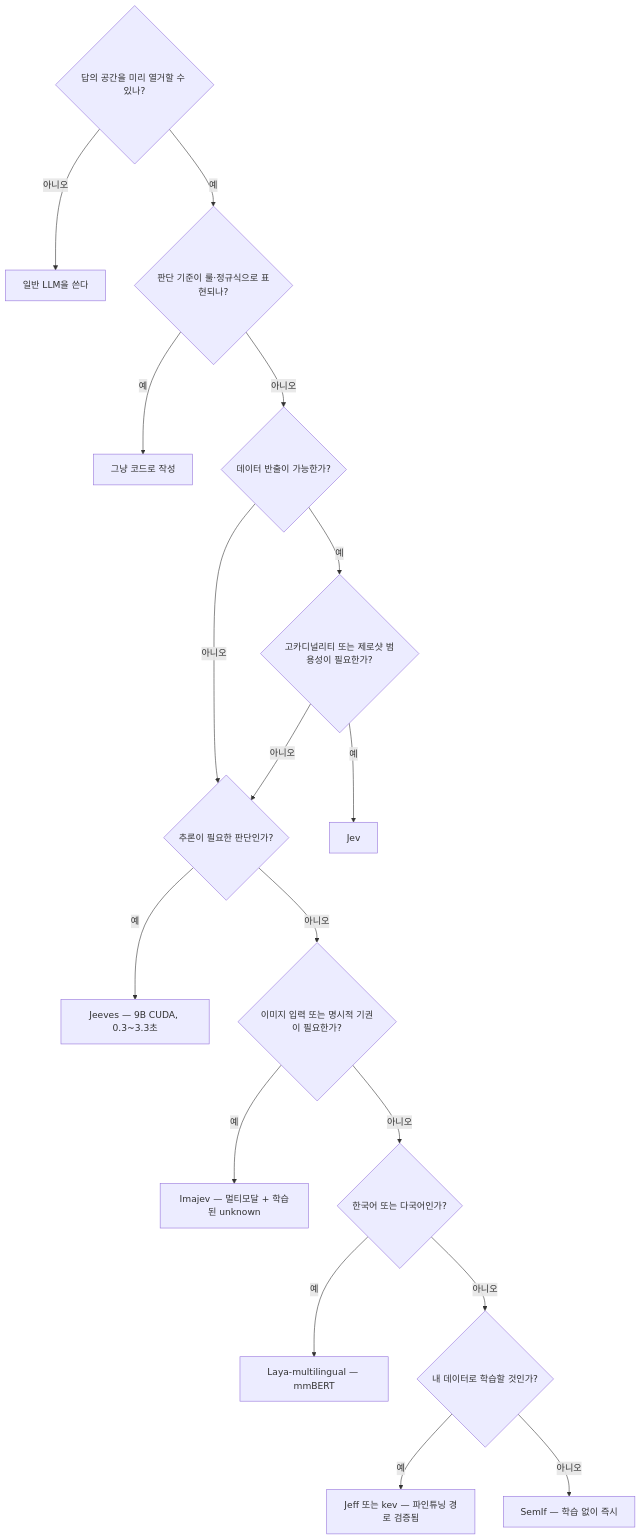
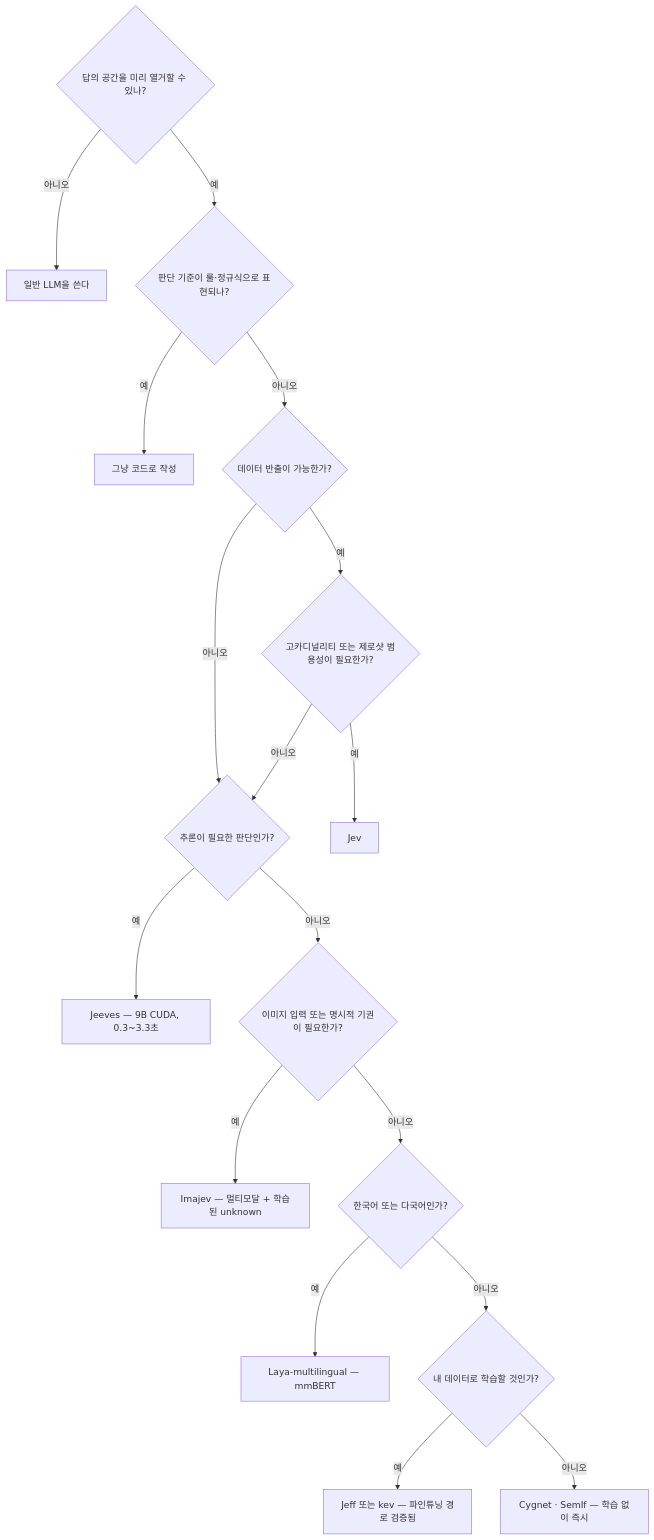
The third of 3 diagrams in ai-infrastructure/system-one-models/README.md (sangyun628/research), drawn with Mermaid before and after one commit. The commit also changed other lines of this file and 6 other files, not shown here.

````diff
--- a/ai-infrastructure/system-one-models/README.md
+++ b/ai-infrastructure/system-one-models/README.md
@@ -210,20 +189,20 @@
 ```mermaid
 flowchart TD
   Q0{"답의 공간을 미리 열거할 수 있나?"}
   Q0 -->|"아니오"| LLM["일반 LLM을 쓴다"]
   Q0 -->|"예"| Q1{"판단 기준이 룰·정규식으로 표현되나?"}
   Q1 -->|"예"| CODE["그냥 코드로 작성"]
   Q1 -->|"아니오"| Q2{"데이터 반출이 가능한가?"}
   Q2 -->|"아니오"| Q3{"추론이 필요한 판단인가?"}
   Q2 -->|"예"| Q4{"고카디널리티 또는 제로샷 범용성이 필요한가?"}
   Q4 -->|"예"| JEV["Jev"]
   Q4 -->|"아니오"| Q3
   Q3 -->|"예"| JEEVES["Jeeves — 9B CUDA, 0.3~3.3초"]
   Q3 -->|"아니오"| Q7{"이미지 입력 또는 명시적 기권이 필요한가?"}
   Q7 -->|"예"| IMAJEV["Imajev — 멀티모달 + 학습된 unknown"]
   Q7 -->|"아니오"| Q5{"한국어 또는 다국어인가?"}
   Q5 -->|"예"| LAYA["Laya-multilingual — mmBERT"]
   Q5 -->|"아니오"| Q6{"내 데이터로 학습할 것인가?"}
   Q6 -->|"예"| JEFFKEV["Jeff 또는 kev — 파인튜닝 경로 검증됨"]
-  Q6 -->|"아니오"| SEMIF["SemIf — 학습 없이 즉시"]
+  Q6 -->|"아니오"| SEMIF["Cygnet · SemIf — 학습 없이 즉시"]
 ```
````
